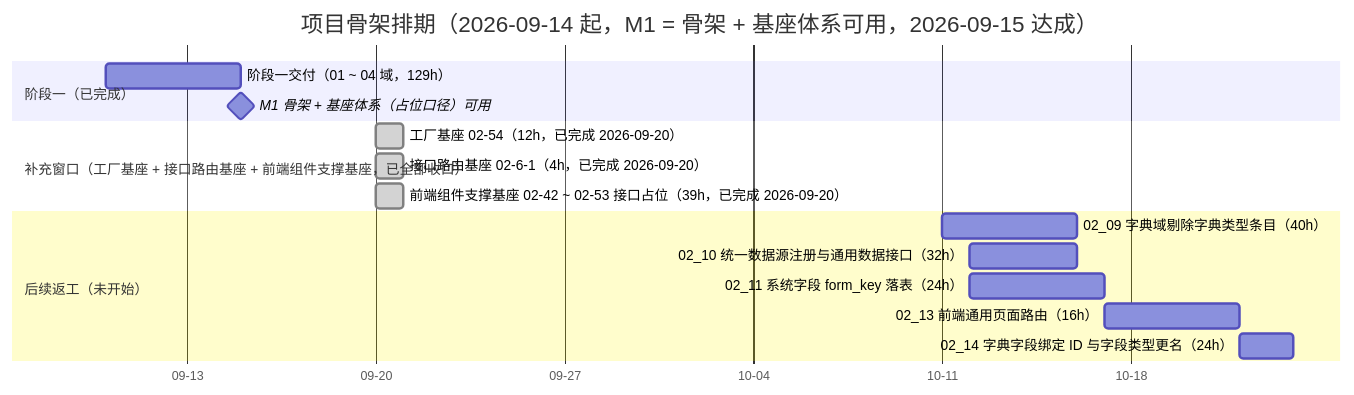
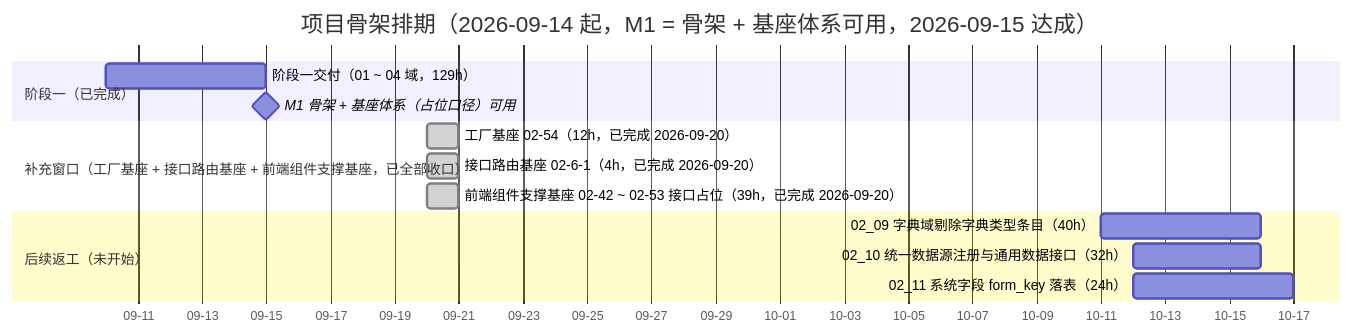
The diagram in bms文档/项目/01_项目骨架/计划/01_计划_项目骨架.md (minjian123/basic-management-system), drawn with Mermaid before and after one commit. The commit also changed other lines of this file and 4 other files, not shown here.

````diff
--- a/bms文档/项目/01_项目骨架/计划/01_计划_项目骨架.md
+++ b/bms文档/项目/01_项目骨架/计划/01_计划_项目骨架.md
@@ -162,19 +162,17 @@
 ```mermaid
 gantt
     title 项目骨架排期（2026-09-14 起，M1 = 骨架 + 基座体系可用，2026-09-15 达成）
     dateFormat  YYYY-MM-DD
     axisFormat %m-%d
     section 阶段一（已完成）
     阶段一交付（01 ~ 04 域，129h） :done1, 2026-09-10, 2026-09-15
     M1 骨架 + 基座体系（占位口径）可用 :milestone, m1, 2026-09-15, 0d
     section 补充窗口（工厂基座 + 接口路由基座 + 前端组件支撑基座，已全部收口）
     工厂基座 02-54（12h，已完成 2026-09-20） :done, fac, 2026-09-20, 1d
     接口路由基座 02-6-1（4h，已完成 2026-09-20） :done, route, 2026-09-20, 1d
     前端组件支撑基座 02-42 ~ 02-53 接口占位（39h，已完成 2026-09-20） :done, supp, 2026-09-20, 1d
     section 后续返工（未开始）
     02_09 字典域剔除字典类型条目（40h） :d09, 2026-10-11, 2026-10-16
     02_10 统一数据源注册与通用数据接口（32h） :d10, 2026-10-12, 2026-10-16
     02_11 系统字段 form_key 落表（24h） :d11, 2026-10-12, 2026-10-17
-    02_13 前端通用页面路由（16h） :d13, 2026-10-17, 2026-10-22
-    02_14 字典字段绑定 ID 与字段类型更名（24h） :d14, 2026-10-22, 2026-10-24
 ```
````
